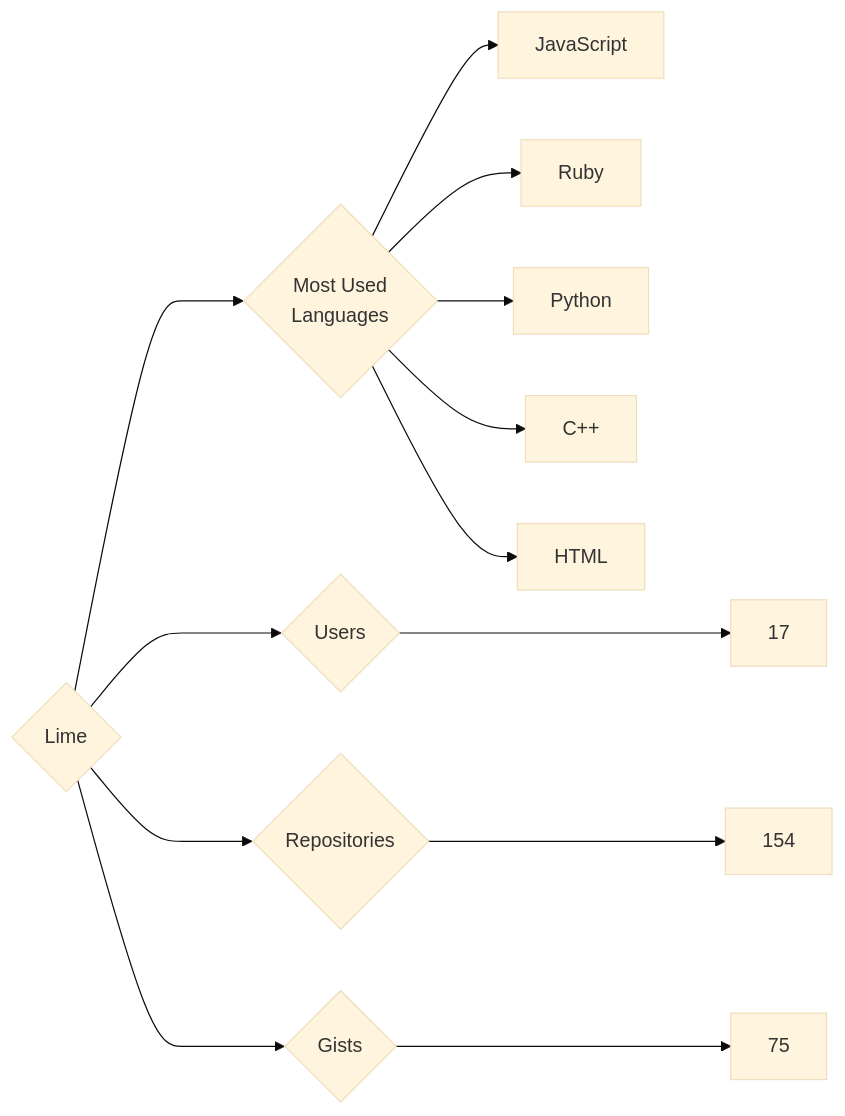
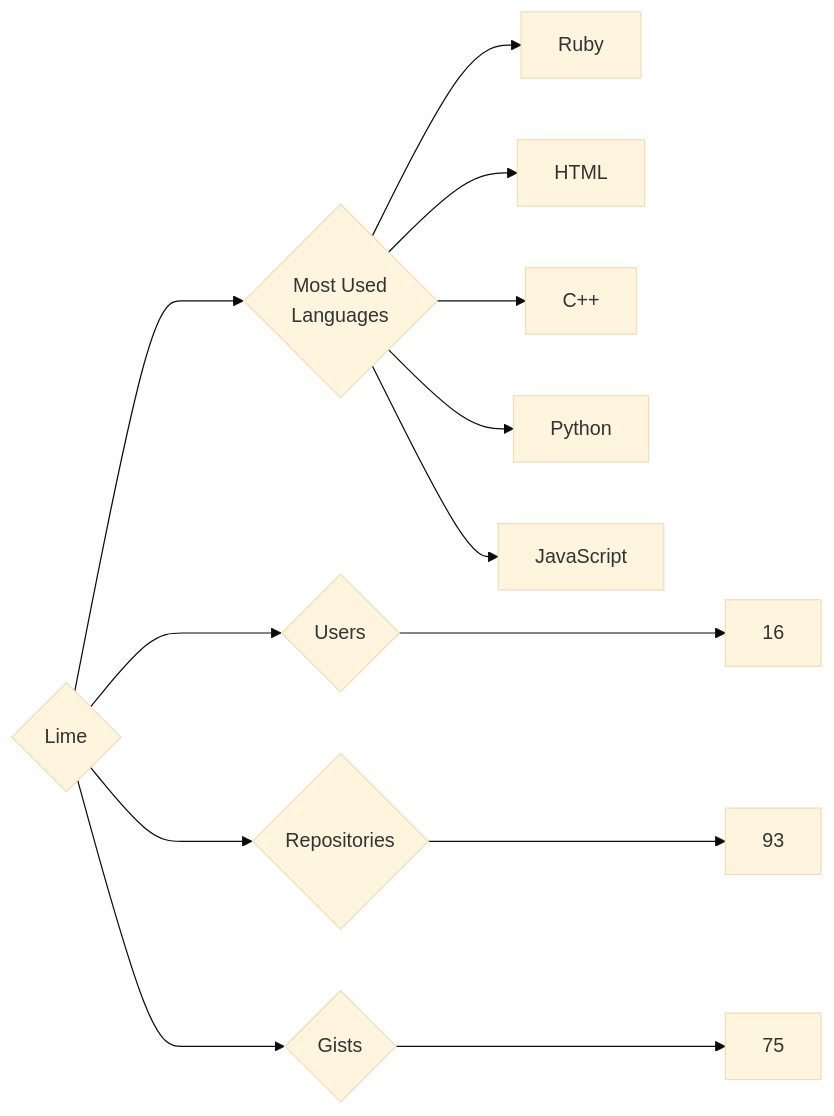
One commit to trickest/insiders changed the diagram in targets/Lime/README.md. Above: the diagram before and after it, drawn with Mermaid (base theme). The commit also changed 847 other files, not shown here.

````diff
--- a/targets/Lime/README.md
+++ b/targets/Lime/README.md
@@ -3,13 +3,13 @@
 ```mermaid
 graph LR
 COMPANY_NAME{Lime}
-COMPANY_NAME ---> U{Users} ---> UN[17]
-COMPANY_NAME ---> R{Repositories} ---> RN[154]
+COMPANY_NAME ---> U{Users} ---> UN[16]
+COMPANY_NAME ---> R{Repositories} ---> RN[93]
 COMPANY_NAME ---> G{Gists} ---> GN[75]
 COMPANY_NAME ---> ML{Most Used<br>Languages}
+ML --> Ruby[Ruby]
+ML --> HTML[HTML]
+ML --> C++[C++]
+ML --> Python[Python]
 ML --> JavaScript[JavaScript]
-ML --> Ruby[Ruby]
-ML --> Python[Python]
-ML --> C++[C++]
-ML --> HTML[HTML]
 ```
````
